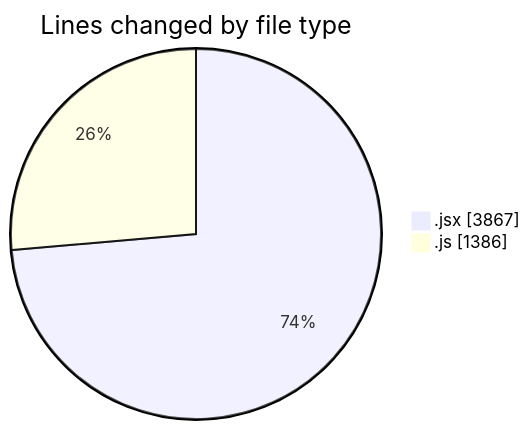
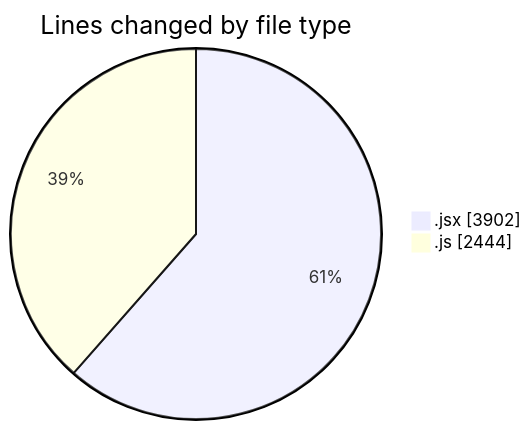
Before and after one commit to nxtqubesakshisongat/code-tracking: the first of 2 diagrams in 2025-11-06/nxtqube_webapp/README.md, drawn with Mermaid. The commit also changed other lines of this file and 1 other file, not shown here.

````diff
--- a/2025-11-06/nxtqube_webapp/README.md
+++ b/2025-11-06/nxtqube_webapp/README.md
@@ -30,6 +31,6 @@
 ```mermaid
 pie showData
 title Lines changed by file type
-".jsx" : 3867
-".js" : 1386
+".jsx" : 3902
+".js" : 2444
 ```
````
